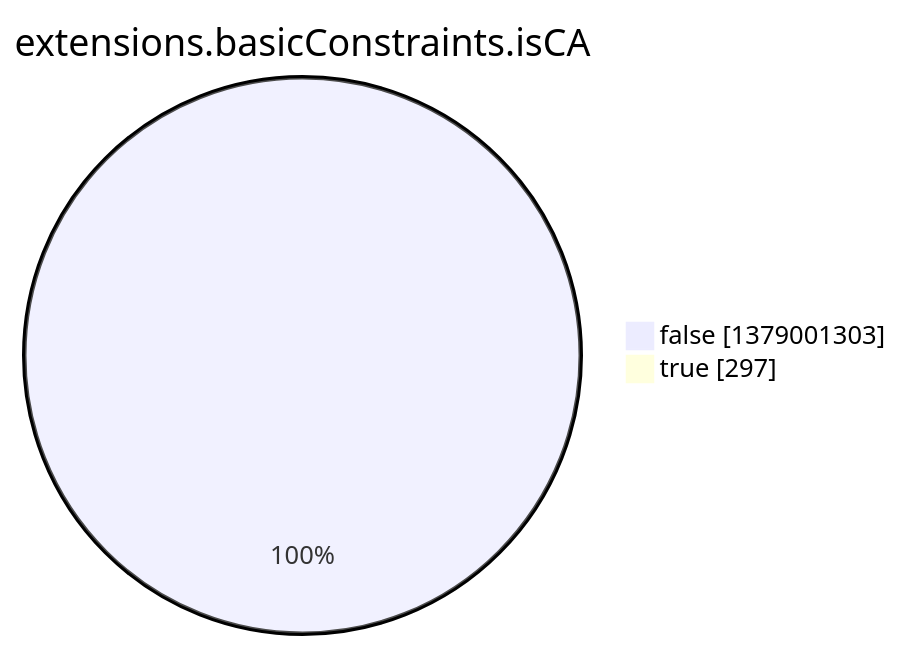
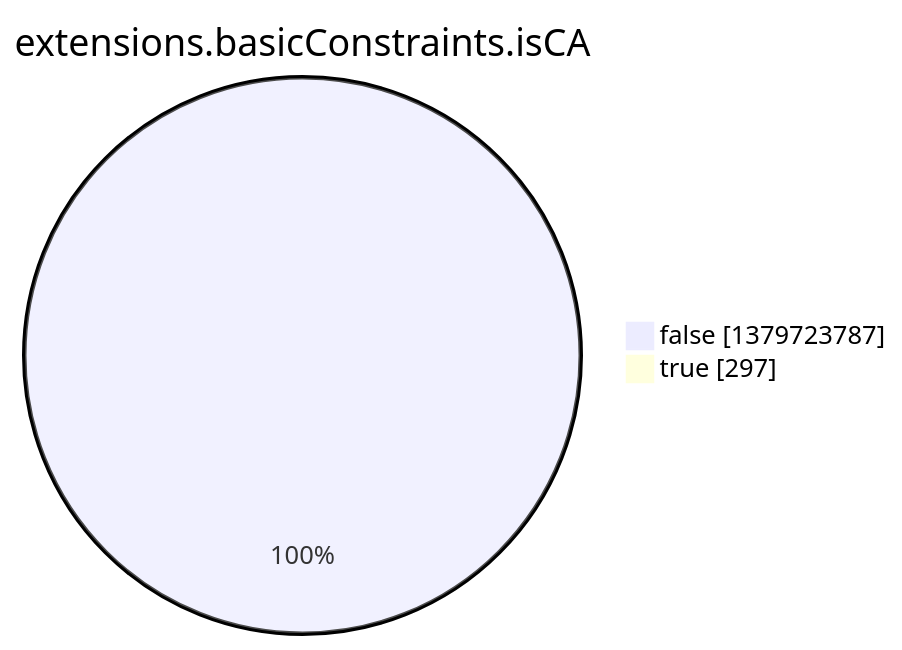
One commit to christiankrug/ctmonitor_visualization changed the eighth of 15 diagrams in argon2022/README.md. Above: the diagram before and after it, drawn with Mermaid. The commit also changed other lines of this file, not shown here.

````diff
--- a/argon2022/README.md
+++ b/argon2022/README.md
@@ -2759,6 +2759,6 @@
 ```mermaid
 pie showData
 title extensions.basicConstraints.isCA
-"false" :1379001303
+"false" :1379723787
 "true" :297
 ```
````
